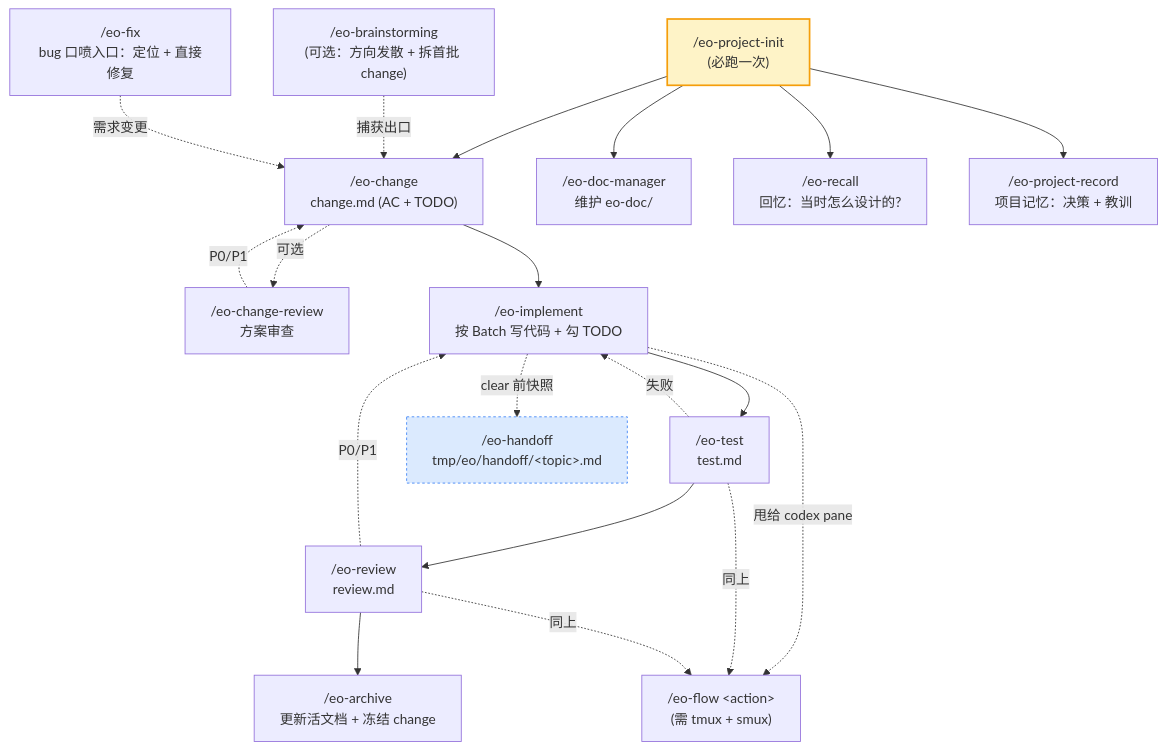
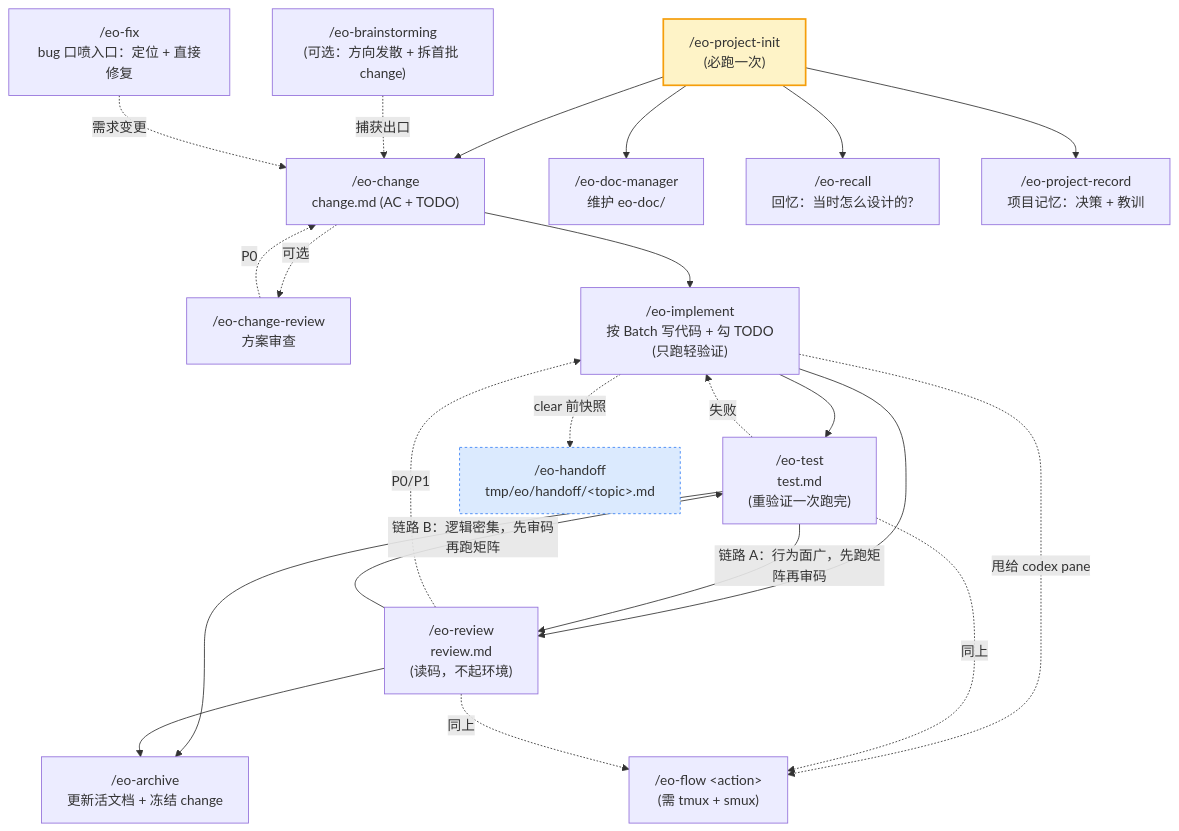
The diagram in README.md (SimpleEve/eo-skills), drawn with Mermaid before and after one commit. The commit also changed other lines of this file and 32 other files, not shown here.

````diff
--- a/README.md
+++ b/README.md
@@ -96,28 +98,31 @@
 ```mermaid
 flowchart TD
     Init["/eo-project-init<br/>(必跑一次)"]:::entry --> Change
     Brain["/eo-brainstorming<br/>(可选：方向发散 + 拆首批 change)"] -.捕获出口.-> Change["/eo-change<br/>change.md (AC + TODO)"]
     Change -.可选.-> CR["/eo-change-review<br/>方案审查"]
-    CR -.P0/P1.-> Change
-    Change --> Imp["/eo-implement<br/>按 Batch 写代码 + 勾 TODO"]
-    Imp --> Test["/eo-test<br/>test.md"]
+    CR -.P0.-> Change
+    Change --> Imp["/eo-implement<br/>按 Batch 写代码 + 勾 TODO<br/>(只跑轻验证)"]
+    Imp --> Test["/eo-test<br/>test.md<br/>(重验证一次跑完)"]
+    Imp --> Rev["/eo-review<br/>review.md<br/>(读码，不起环境)"]
     Test -.失败.-> Imp
-    Test --> Rev["/eo-review<br/>review.md"]
     Rev -.P0/P1.-> Imp
-    Rev --> Arch["/eo-archive<br/>更新活文档 + 冻结 change"]
+    Test -->|链路 A：行为面广，先跑矩阵再审码| Rev
+    Rev -->|链路 B：逻辑密集，先审码再跑矩阵| Test
+    Test --> Arch["/eo-archive<br/>更新活文档 + 冻结 change"]
+    Rev --> Arch
 
     Fix["/eo-fix<br/>bug 口喷入口：定位 + 直接修复"] -.需求变更.-> Change
 
     Imp -.甩给 codex pane.-> Flow["/eo-flow &lt;action&gt;<br/>(需 tmux + smux)"]
     Test -.同上.-> Flow
     Rev -.同上.-> Flow
 
     Init --> Doc["/eo-doc-manager<br/>维护 eo-doc/"]
     Init --> Rec["/eo-recall<br/>回忆：当时怎么设计的?"]
     Init --> PRec["/eo-project-record<br/>项目记忆：决策 + 教训"]
 
     Imp -.clear 前快照.-> Hand["/eo-handoff<br/>tmp/eo/handoff/&lt;topic&gt;.md"]:::cross
 
     classDef entry fill:#fef3c7,stroke:#f59e0b,stroke-width:2px
     classDef cross fill:#dbeafe,stroke:#3b82f6,stroke-dasharray: 3 3
 ```
````
